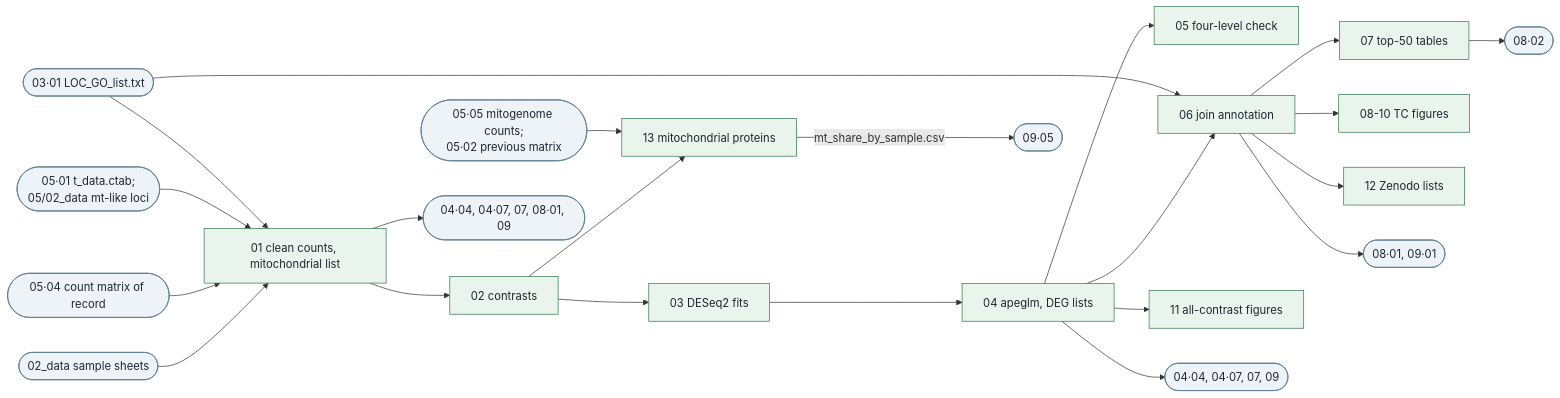
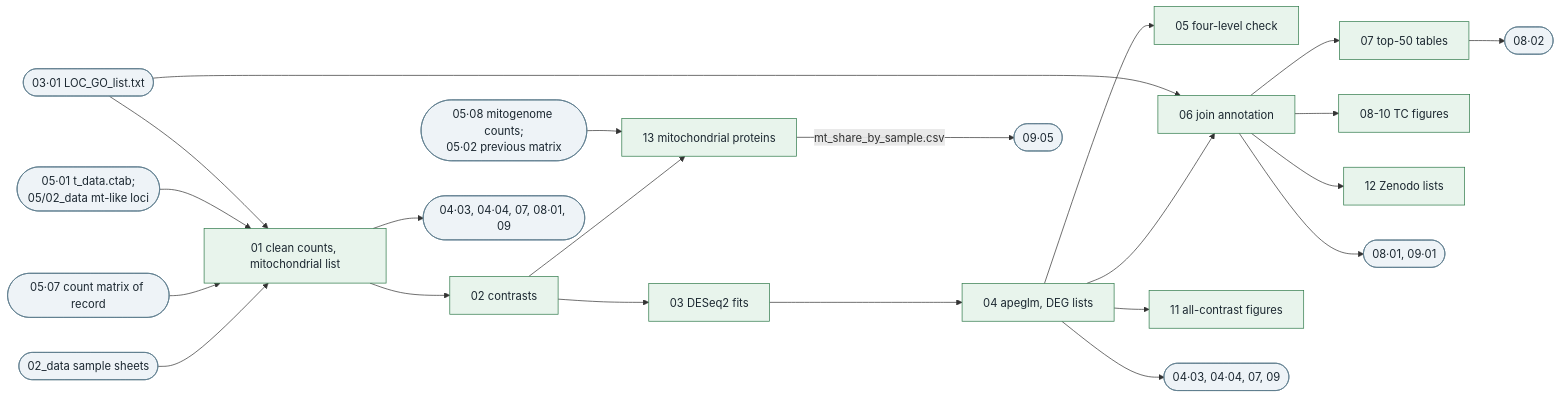
The sixth of 9 diagrams in README.md (mattgeorgephd/PSMFC-mytilus-byssus-pilot), drawn with Mermaid before and after one commit. The commit also changed other lines of this file and 109 other files, not shown here.

First line of the commit message:
Move the count-building steps into 05_sequence-alignment

````diff
--- a/README.md
+++ b/README.md
@@ -334,42 +340,42 @@
 ```mermaid
 flowchart LR
   sh(["02_data sample sheets"])
-  a4(["05·04 count matrix of record"])
+  a4(["05·07 count matrix of record"])
   a1(["05·01 t_data.ctab;<br>05/02_data mt-like loci"])
   b1(["03·01 LOC_GO_list.txt"])
   d1["01 clean counts, mitochondrial list"]
   d2["02 contrasts"]
   d3["03 DESeq2 fits"]
   d4["04 apeglm, DEG lists"]
   d5["05 four-level check"]
   d6["06 join annotation"]
   d7["07 top-50 tables"]
   d8["08-10 TC figures"]
   d11["11 all-contrast figures"]
   d12["12 Zenodo lists"]
   d13["13 mitochondrial proteins"]
-  a5(["05·05 mitogenome counts;<br>05·02 previous matrix"])
+  a5(["05·08 mitogenome counts;<br>05·02 previous matrix"])
   sh --> d1
   a4 --> d1
   a1 --> d1
   b1 --> d1
   d1 --> d2 --> d3 --> d4
   d4 --> d5
   d4 --> d6
   b1 --> d6
   d6 --> d7
   d6 --> d8
   d6 --> d12
   d4 --> d11
   d2 --> d13
   a5 --> d13
-  d1 --> r1(["04·04, 04·07, 07, 08·01, 09"])
-  d4 --> r2(["04·04, 04·07, 07, 09"])
+  d1 --> r1(["04·03, 04·04, 07, 08·01, 09"])
+  d4 --> r2(["04·03, 04·04, 07, 09"])
   d6 --> r3(["08·01, 09·01"])
   d7 --> r4(["08·02"])
   d13 -- "mt_share_by_sample.csv" --> r5(["09·05"])
   classDef ext fill:#eef3f7,stroke:#5b7a8c,color:#1b2730
   classDef run fill:#e8f4ec,stroke:#2f7a4a,color:#1b2730
   class a4,a1,b1,sh,a5,r1,r2,r3,r4,r5 ext
   class d1,d2,d3,d4,d5,d6,d7,d8,d11,d12,d13 run
 ```
````
